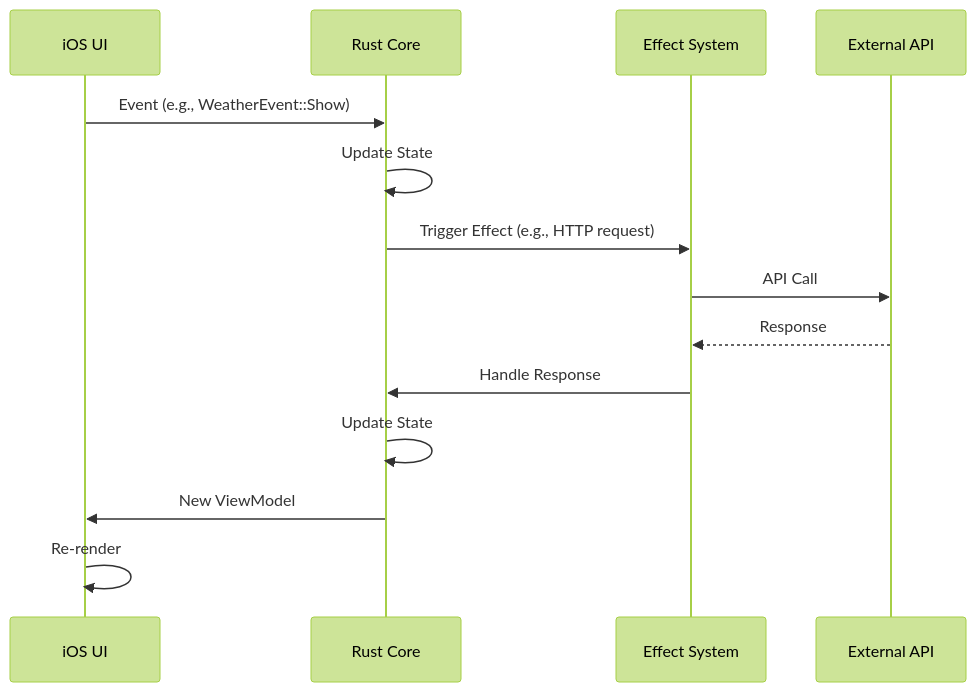
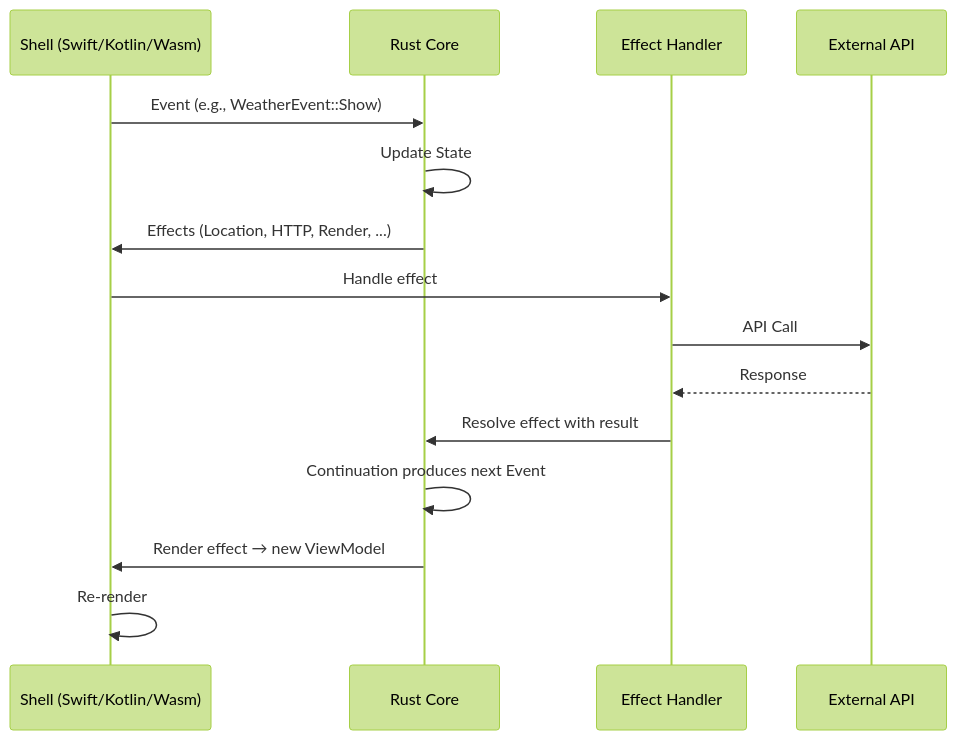
One commit to redbadger/crux changed the second of 4 diagrams in examples/weather/ARCHITECTURE.md. Above: the diagram before and after it, drawn with Mermaid (forest theme). The commit also changed other lines of this file and 963 other files, not shown here.

````diff
--- a/examples/weather/ARCHITECTURE.md
+++ b/examples/weather/ARCHITECTURE.md
@@ -93,17 +100,18 @@
 ```mermaid
 sequenceDiagram
-    participant UI as iOS UI
+    participant UI as Shell (Swift/Kotlin/Wasm)
     participant Core as Rust Core
-    participant Effect as Effect System
+    participant Effect as Effect Handler
     participant API as External API
-    
+
     UI->>Core: Event (e.g., WeatherEvent::Show)
     Core->>Core: Update State
-    Core->>Effect: Trigger Effect (e.g., HTTP request)
+    Core->>UI: Effects (Location, HTTP, Render, ...)
+    UI->>Effect: Handle effect
     Effect->>API: API Call
     API-->>Effect: Response
-    Effect->>Core: Handle Response
-    Core->>Core: Update State
-    Core->>UI: New ViewModel
+    Effect->>Core: Resolve effect with result
+    Core->>Core: Continuation produces next Event
+    Core->>UI: Render effect → new ViewModel
     UI->>UI: Re-render
 ```
````
